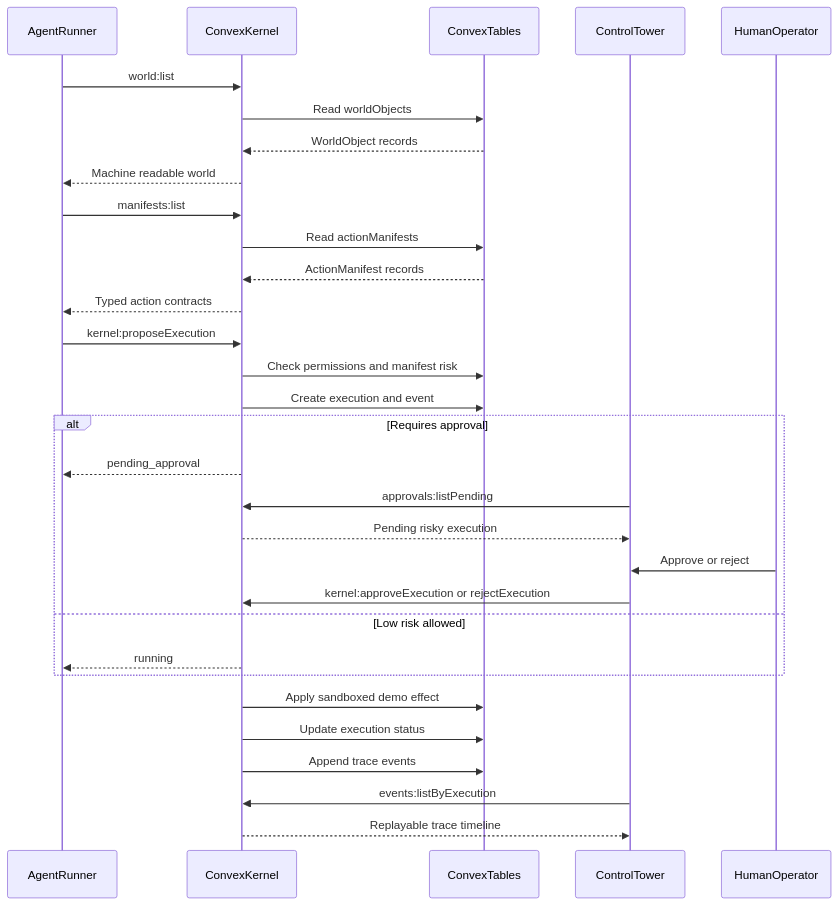
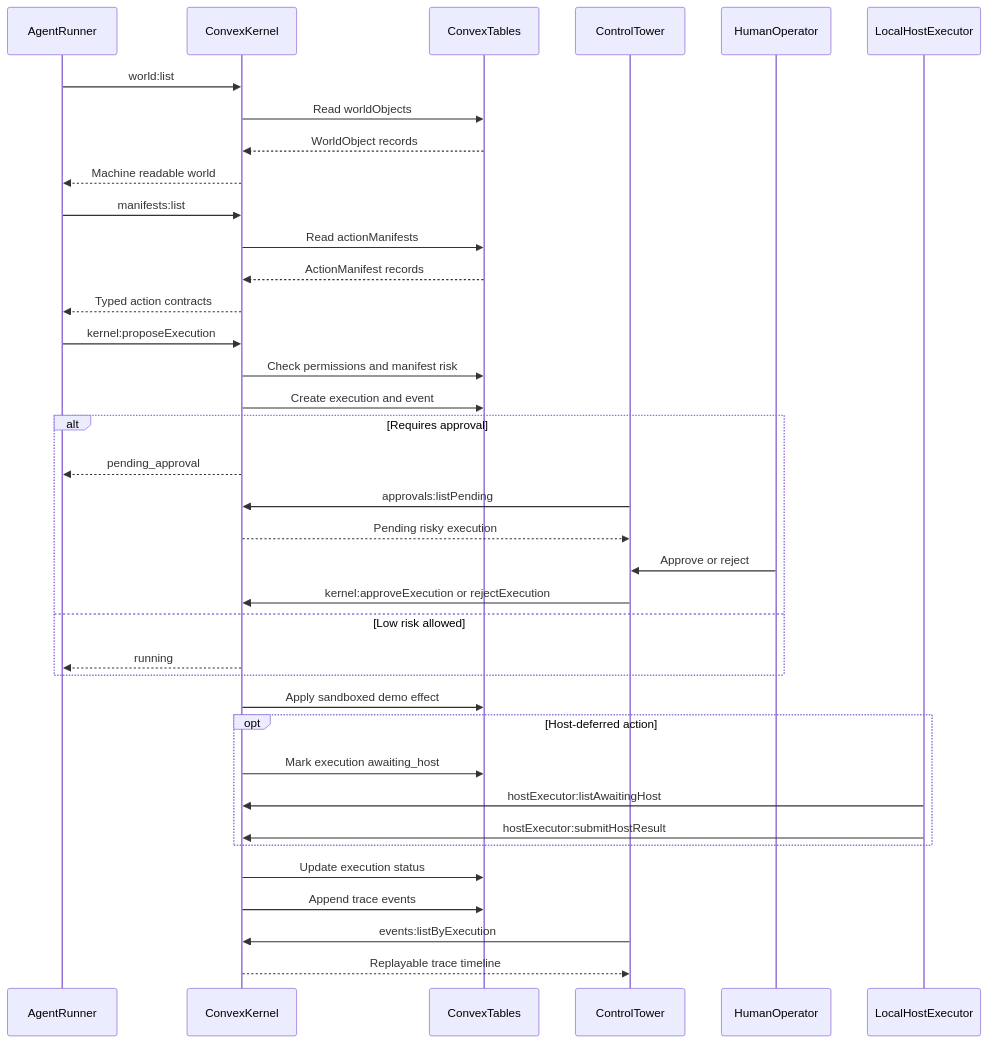
Before and after one commit to TharuTharujan/OpenAgent_OS: the third of 4 diagrams in docs/ARCHITECTURE.md, drawn with Mermaid. The commit also changed other lines of this file and 34 other files, not shown here.

````diff
--- a/docs/ARCHITECTURE.md
+++ b/docs/ARCHITECTURE.md
@@ -82,34 +102,40 @@
 ```mermaid
 sequenceDiagram
   participant Agent as AgentRunner
   participant Kernel as ConvexKernel
   participant DB as ConvexTables
   participant UI as ControlTower
   participant Human as HumanOperator
+  participant HostExecutor as LocalHostExecutor
 
   Agent->>Kernel: world:list
   Kernel->>DB: Read worldObjects
   DB-->>Kernel: WorldObject records
   Kernel-->>Agent: Machine readable world
   Agent->>Kernel: manifests:list
   Kernel->>DB: Read actionManifests
   DB-->>Kernel: ActionManifest records
   Kernel-->>Agent: Typed action contracts
   Agent->>Kernel: kernel:proposeExecution
   Kernel->>DB: Check permissions and manifest risk
   Kernel->>DB: Create execution and event
   alt Requires approval
     Kernel-->>Agent: pending_approval
     UI->>Kernel: approvals:listPending
     Kernel-->>UI: Pending risky execution
     Human->>UI: Approve or reject
     UI->>Kernel: kernel:approveExecution or rejectExecution
   else Low risk allowed
     Kernel-->>Agent: running
   end
   Kernel->>DB: Apply sandboxed demo effect
+  opt Host-deferred action
+    Kernel->>DB: Mark execution awaiting_host
+    HostExecutor->>Kernel: hostExecutor:listAwaitingHost
+    HostExecutor->>Kernel: hostExecutor:submitHostResult
+  end
   Kernel->>DB: Update execution status
   Kernel->>DB: Append trace events
   UI->>Kernel: events:listByExecution
   Kernel-->>UI: Replayable trace timeline
 ```
````
